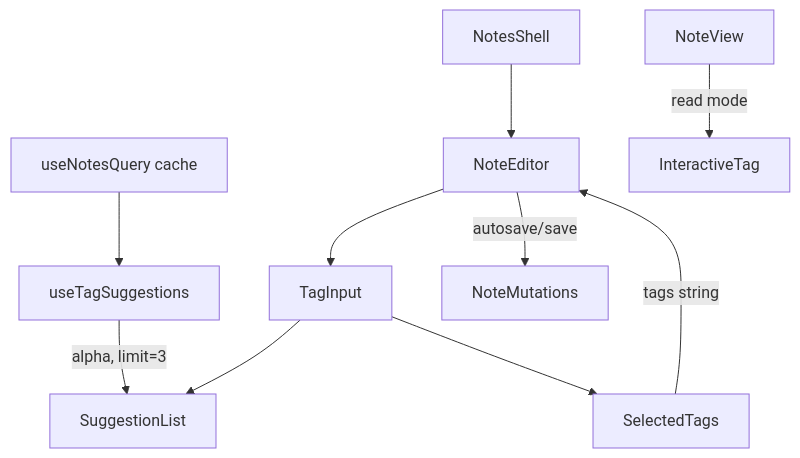
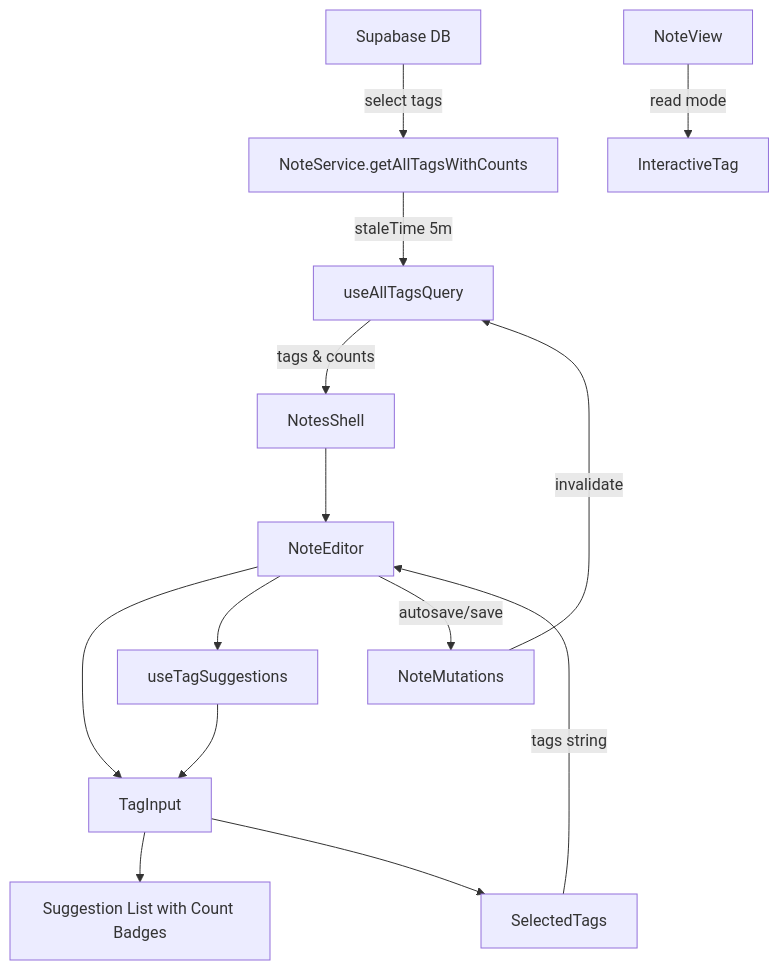
One commit to koreyba/EverFreeNote changed the diagram in docs/ai/design/feature-web-tag-suggestions.md. Above: the diagram before and after it, drawn with Mermaid. The commit also changed other lines of this file and 7 other files, not shown here.

Commit message:
feat(web): implement global tag count caching across all notes and add unit tests

````diff
--- a/docs/ai/design/feature-web-tag-suggestions.md
+++ b/docs/ai/design/feature-web-tag-suggestions.md
@@ -17,12 +18,16 @@
 ```mermaid
 graph TD
-  NotesQuery[useNotesQuery cache] --> TagSuggestions[useTagSuggestions]
-  TagSuggestions -->|alpha, limit=3| SuggestionList
+  SupabaseDB[Supabase DB] -->|select tags| NoteService[NoteService.getAllTagsWithCounts]
+  NoteService -->|staleTime 5m| UseAllTagsQuery[useAllTagsQuery]
+  UseAllTagsQuery -->|tags & counts| NotesShell
   NotesShell --> NoteEditor
   NoteEditor --> TagInput
-  TagInput --> SuggestionList
+  NoteEditor --> TagSuggestions[useTagSuggestions]
+  TagSuggestions --> TagInput
+  TagInput --> SuggestionList[Suggestion List with Count Badges]
   TagInput --> SelectedTags
   SelectedTags -->|tags string| NoteEditor
   NoteEditor -->|autosave/save| NoteMutations
+  NoteMutations -->|invalidate| UseAllTagsQuery
   NoteView -->|read mode| InteractiveTag
 ```
````
